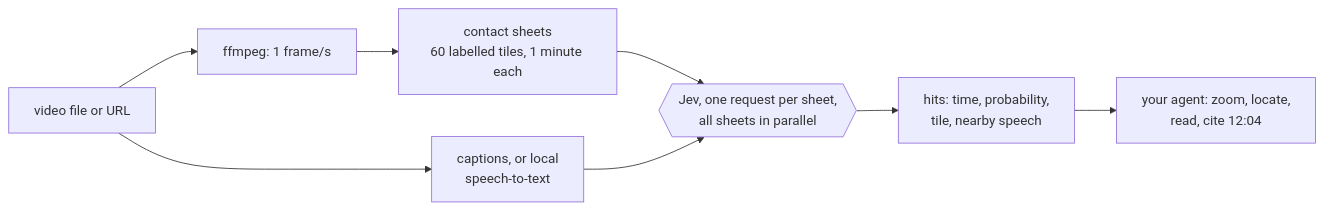
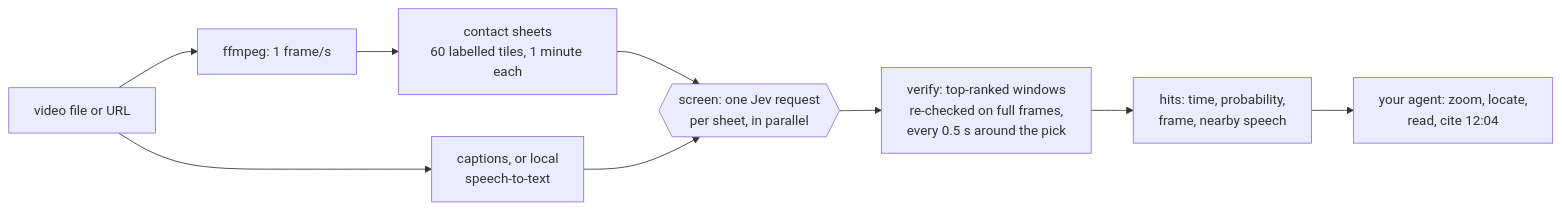
One commit to DeepAleph/jevreel changed the diagram in README.md. Above: the diagram before and after it, drawn with Mermaid. The commit also changed other lines of this file and 19 other files, not shown here.

First line of the commit message:
Verify top windows on full frames, add lenses and timeline queries, cache answers

````diff
--- a/README.md
+++ b/README.md
@@ -35,10 +39,11 @@
 ```mermaid
 flowchart LR
     V[video file or URL] --> F["ffmpeg: 1 frame/s"]
     F --> S["contact sheets<br/>60 labelled tiles, 1 minute each"]
     V --> T["captions, or local<br/>speech-to-text"]
-    S --> J{{"Jev, one request per sheet,<br/>all sheets in parallel"}}
+    S --> J{{"screen: one Jev request<br/>per sheet, in parallel"}}
     T --> J
-    J --> H["hits: time, probability,<br/>tile, nearby speech"]
+    J --> R["verify: top-ranked windows<br/>re-checked on full frames,<br/>every 0.5 s around the pick"]
+    R --> H["hits: time, probability,<br/>frame, nearby speech"]
     H --> A["your agent: zoom, locate,<br/>read, cite 12:04"]
 ```
````
